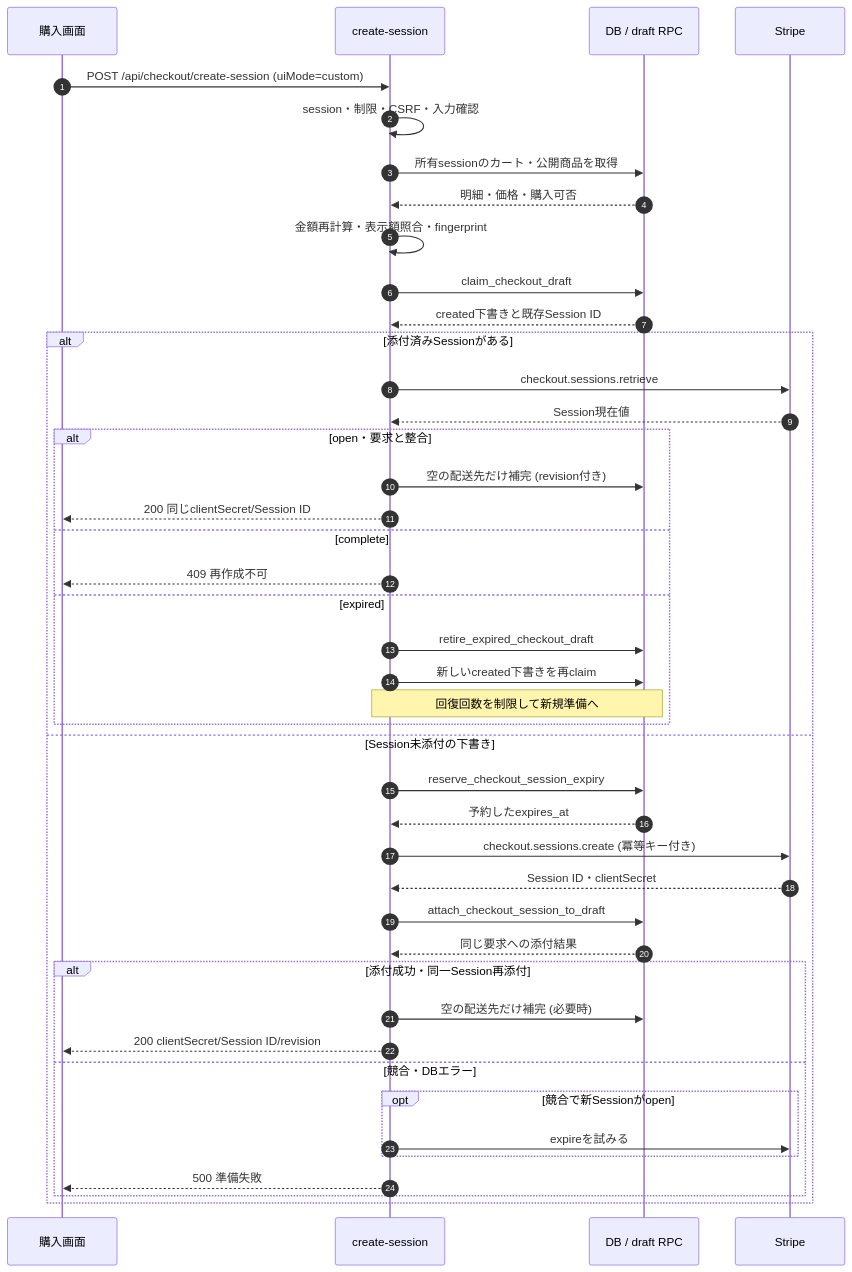
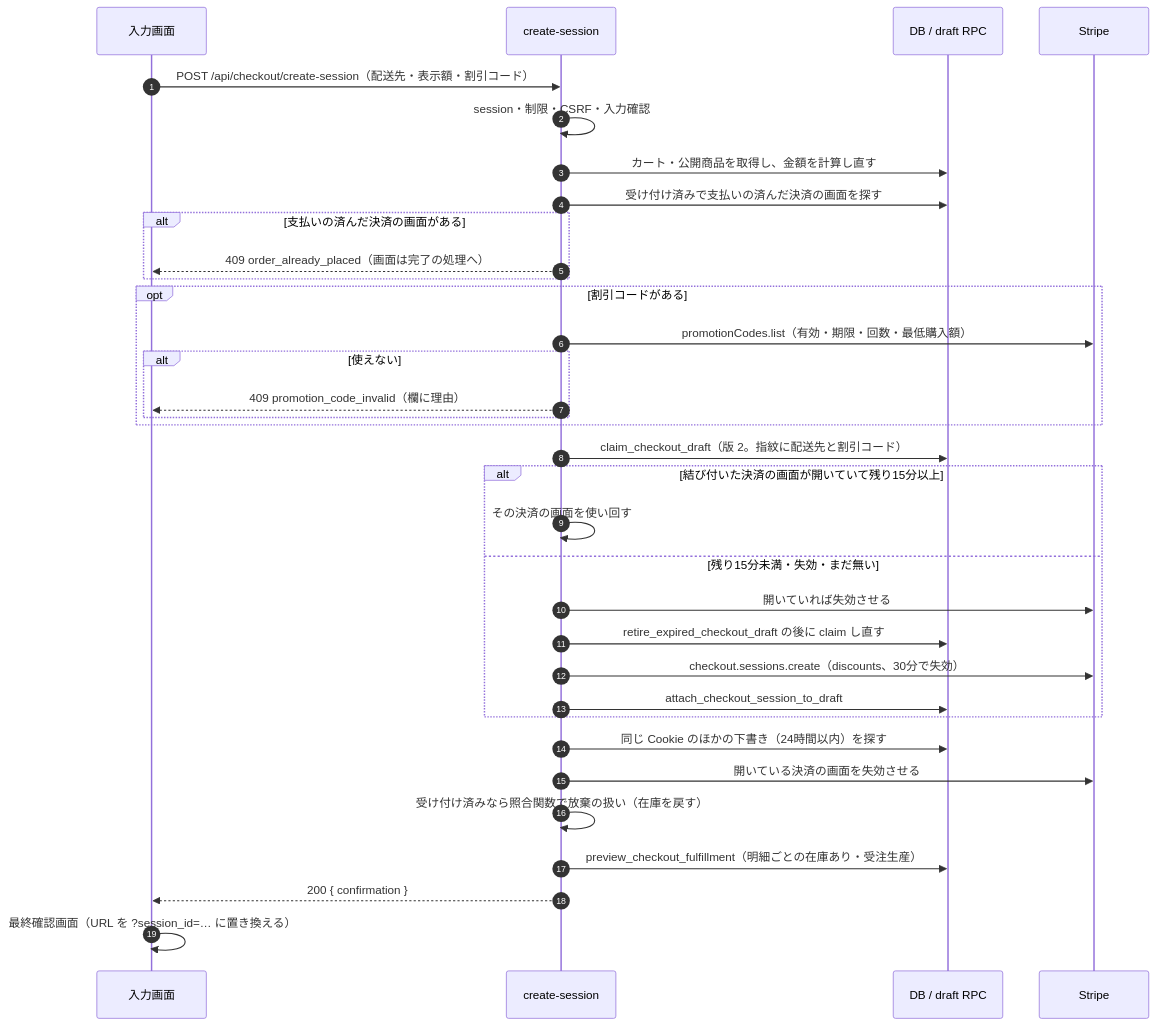
One commit to ChocoWork/o_official changed the first of 5 diagrams in docs/04_DetailDesign/sequence/checkout-payment.md. Above: the diagram before and after it, drawn with Mermaid. The commit also changed other lines of this file and 5 other files, not shown here.

````diff
--- a/docs/04_DetailDesign/sequence/checkout-payment.md
+++ b/docs/04_DetailDesign/sequence/checkout-payment.md
@@ -26,45 +28,36 @@
 ```mermaid
 sequenceDiagram
     autonumber
-    participant UI as 購入画面
+    participant UI as 入力画面
     participant API as create-session
     participant DB as DB / draft RPC
     participant Stripe as Stripe
-    UI->>API: POST /api/checkout/create-session (uiMode=custom)
+    UI->>API: POST /api/checkout/create-session（配送先・表示額・割引コード）
     API->>API: session・制限・CSRF・入力確認
-    API->>DB: 所有sessionのカート・公開商品を取得
-    DB-->>API: 明細・価格・購入可否
-    API->>API: 金額再計算・表示額照合・fingerprint
-    API->>DB: claim_checkout_draft
-    DB-->>API: created下書きと既存Session ID
-    alt 添付済みSessionがある
-        API->>Stripe: checkout.sessions.retrieve
-        Stripe-->>API: Session現在値
-        alt open・要求と整合
-            API->>DB: 空の配送先だけ補完 (revision付き)
-            API-->>UI: 200 同じclientSecret/Session ID
-        else complete
-            API-->>UI: 409 再作成不可
-        else expired
-            API->>DB: retire_expired_checkout_draft
-            API->>DB: 新しいcreated下書きを再claim
-            Note over API,DB: 回復回数を制限して新規準備へ
-        end
-    else Session未添付の下書き
-        API->>DB: reserve_checkout_session_expiry
-        DB-->>API: 予約したexpires_at
-        API->>Stripe: checkout.sessions.create (冪等キー付き)
-        Stripe-->>API: Session ID・clientSecret
-        API->>DB: attach_checkout_session_to_draft
-        DB-->>API: 同じ要求への添付結果
-        alt 添付成功・同一Session再添付
-            API->>DB: 空の配送先だけ補完 (必要時)
-            API-->>UI: 200 clientSecret/Session ID/revision
-        else 競合・DBエラー
-            opt 競合で新Sessionがopen
-                API->>Stripe: expireを試みる
-            end
-            API-->>UI: 500 準備失敗
+    API->>DB: カート・公開商品を取得し、金額を計算し直す
+    API->>DB: 受け付け済みで支払いの済んだ決済の画面を探す
+    alt 支払いの済んだ決済の画面がある
+        API-->>UI: 409 order_already_placed（画面は完了の処理へ）
+    end
+    opt 割引コードがある
+        API->>Stripe: promotionCodes.list（有効・期限・回数・最低購入額）
+        alt 使えない
+            API-->>UI: 409 promotion_code_invalid（欄に理由）
         end
     end
+    API->>DB: claim_checkout_draft（版 2。指紋に配送先と割引コード）
+    alt 結び付いた決済の画面が開いていて残り15分以上
+        API->>API: その決済の画面を使い回す
+    else 残り15分未満・失効・まだ無い
+        API->>Stripe: 開いていれば失効させる
+        API->>DB: retire_expired_checkout_draft の後に claim し直す
+        API->>Stripe: checkout.sessions.create（discounts、30分で失効）
+        API->>DB: attach_checkout_session_to_draft
+    end
+    API->>DB: 同じ Cookie のほかの下書き（24時間以内）を探す
+    API->>Stripe: 開いている決済の画面を失効させる
+    API->>API: 受け付け済みなら照合関数で放棄の扱い（在庫を戻す）
+    API->>DB: preview_checkout_fulfillment（明細ごとの在庫あり・受注生産）
+    API-->>UI: 200 { confirmation }
+    UI->>UI: 最終確認画面（URL を ?session_id=… に置き換える）
 ```
````
